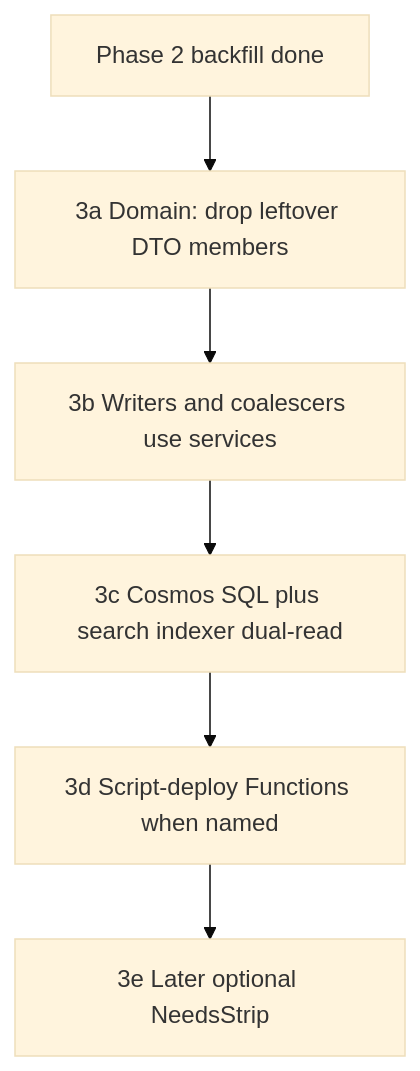
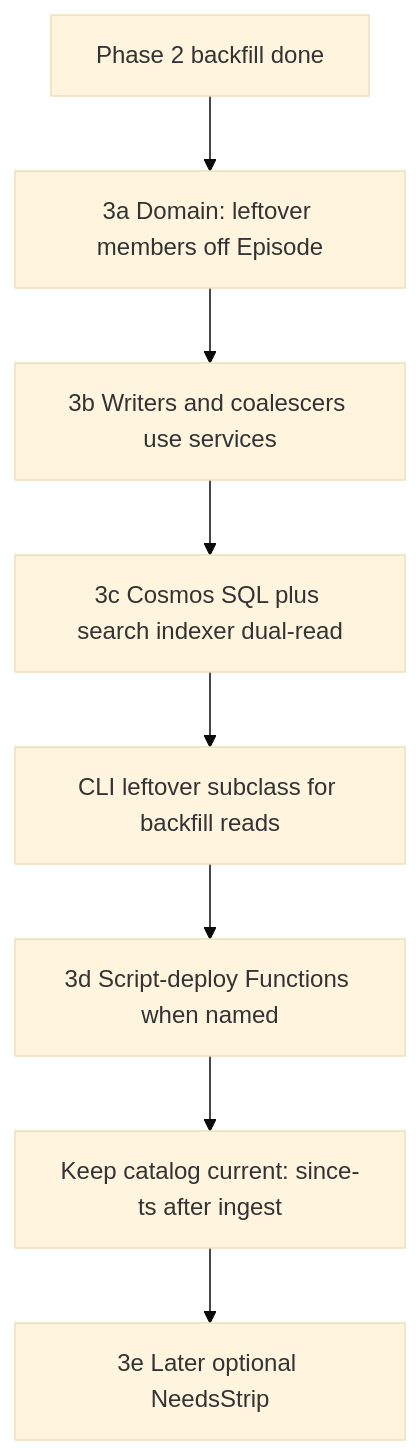
One commit to cultpodcasts/RedditPodcastPoster changed the diagram in docs/episode-services-phase-3.md. Above: the diagram before and after it, drawn with Mermaid (base theme). The commit also changed other lines of this file and 62 other files, not shown here.

First line of the commit message:
Move leftover catalog backfill onto the CLI and drop dual-write leftover APIs from shared persistence.

````diff
--- a/docs/episode-services-phase-3.md
+++ b/docs/episode-services-phase-3.md
@@ -17,10 +46,12 @@
 ```mermaid
 flowchart TD
   P2["Phase 2 backfill done"]
-  P3a["3a Domain: drop leftover DTO members"]
+  P3a["3a Domain: leftover members off Episode"]
   P3b["3b Writers and coalescers use services"]
   P3c["3c Cosmos SQL plus search indexer dual-read"]
+  P3cli["CLI leftover subclass for backfill reads"]
   P3d["3d Script-deploy Functions when named"]
+  P3keep["Keep catalog current: since-ts after ingest"]
   P3e["3e Later optional NeedsStrip"]
-  P2 --> P3a --> P3b --> P3c --> P3d --> P3e
+  P2 --> P3a --> P3b --> P3c --> P3cli --> P3d --> P3keep --> P3e
 ```
````
